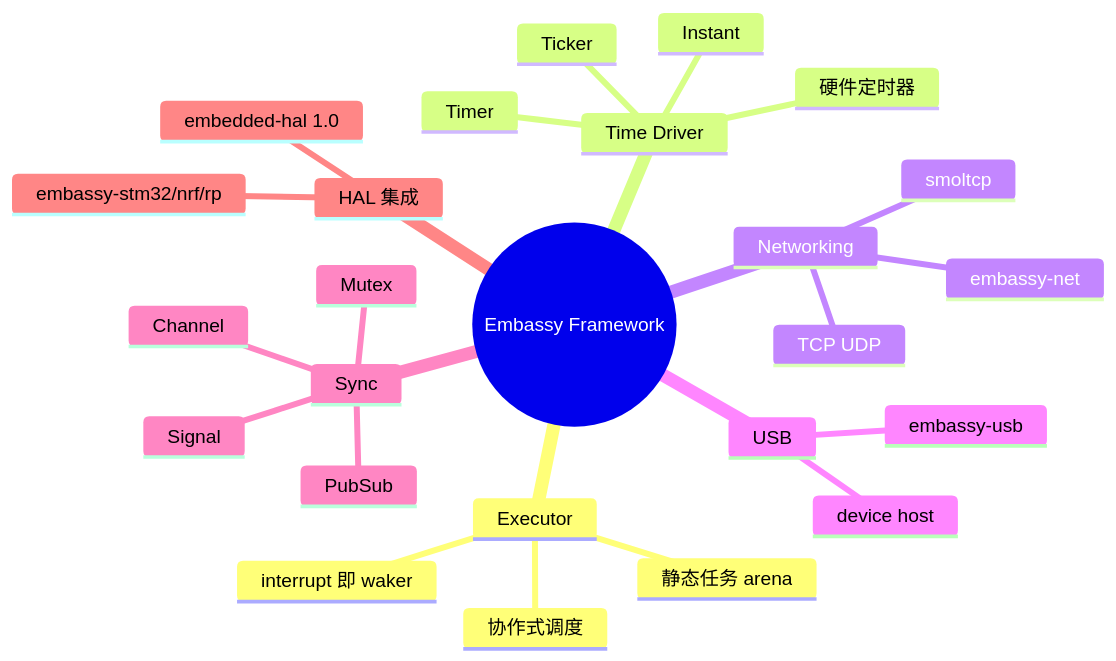
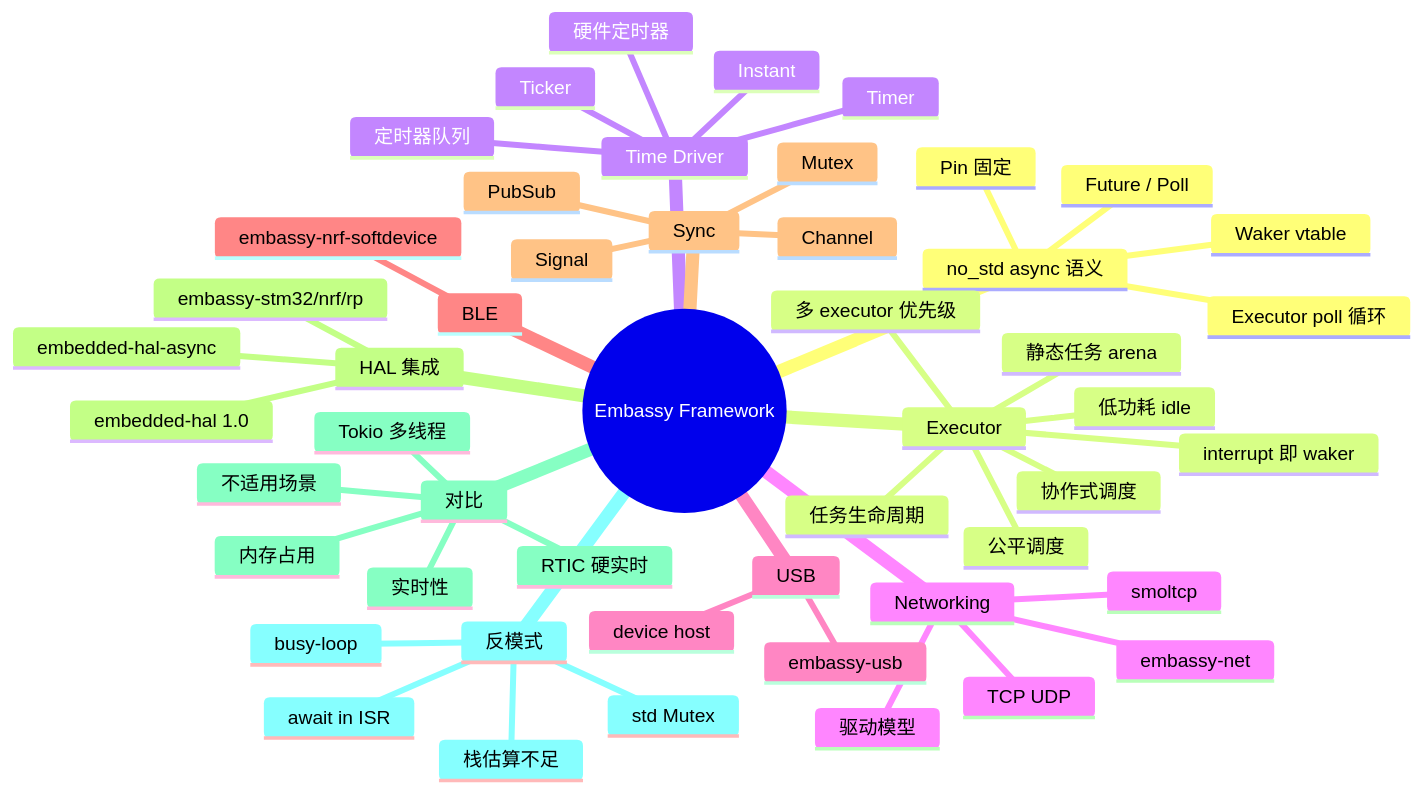
Before and after one commit to martin-ly/rust-lang: the first of 3 diagrams in concept/06_ecosystem/05_systems_and_embedded/34_embassy_framework_deep_dive.md, drawn with Mermaid. The commit also changed other lines of this file and 91 other files, not shown here.

````diff
--- a/concept/06_ecosystem/05_systems_and_embedded/34_embassy_framework_deep_dive.md
+++ b/concept/06_ecosystem/05_systems_and_embedded/34_embassy_framework_deep_dive.md
@@ -37,28 +41,53 @@
 ```mermaid
 mindmap
   root((Embassy Framework))
+    no_std async 语义
+      Future / Poll
+      Pin 固定
+      Waker vtable
+      Executor poll 循环
     Executor
       静态任务 arena
+      任务生命周期
       协作式调度
       interrupt 即 waker
+      多 executor 优先级
+      公平调度
+      低功耗 idle
     Time Driver
       硬件定时器
       Timer
       Ticker
       Instant
+      定时器队列
     Networking
       embassy-net
       smoltcp
       TCP UDP
+      驱动模型
     USB
       embassy-usb
       device host
+    BLE
+      embassy-nrf-softdevice
     Sync
       Mutex
       Channel
       Signal
       PubSub
     HAL 集成
       embedded-hal 1.0
+      embedded-hal-async
       embassy-stm32/nrf/rp
+    对比
+      RTIC 硬实时
+      Tokio 多线程
+      内存占用
+      实时性
+      不适用场景
+    反模式
+      await in ISR
+      busy-loop
+      std Mutex
+      栈估算不足
 ```
````
